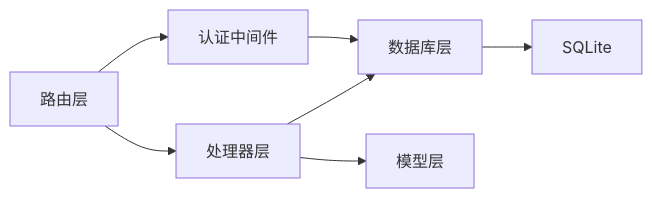
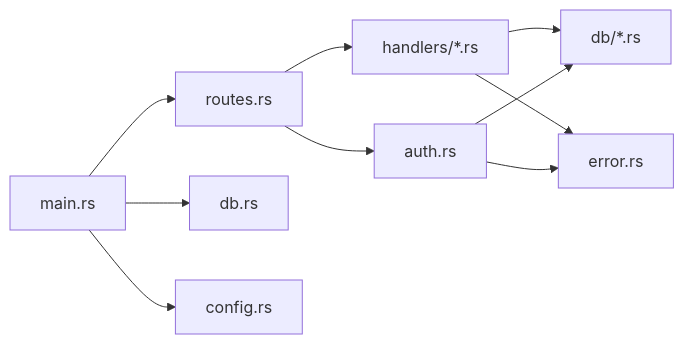
Before and after one commit to leimu-hue/AI-Trend-Tool: the seventh of 7 diagrams in .qoder/repowiki/zh/content/API接口文档/API接口文档.md, drawn with Mermaid. The commit also changed other lines of this file and 118 other files, not shown here.

````diff
--- a/.qoder/repowiki/zh/content/API接口文档/API接口文档.md
+++ b/.qoder/repowiki/zh/content/API接口文档/API接口文档.md
@@ -321,9 +275,12 @@
 ```mermaid
 graph LR
-Routes["路由层"] --> AuthMW["认证中间件"]
-Routes --> Handlers["处理器层"]
-Handlers --> DB["数据库层"]
-AuthMW --> DB
-Handlers --> Models["模型层"]
-DB --> SQLite["SQLite"]
+Routes["routes.rs"] --> Auth["auth.rs"]
+Routes --> Handlers["handlers/*.rs"]
+Handlers --> DBMod["db/*.rs"]
+Handlers --> Error["error.rs"]
+Auth --> DBMod
+Auth --> Error
+Main["main.rs"] --> Routes
+Main --> DBPool["db.rs"]
+Main --> Config["config.rs"]
 ```
````
